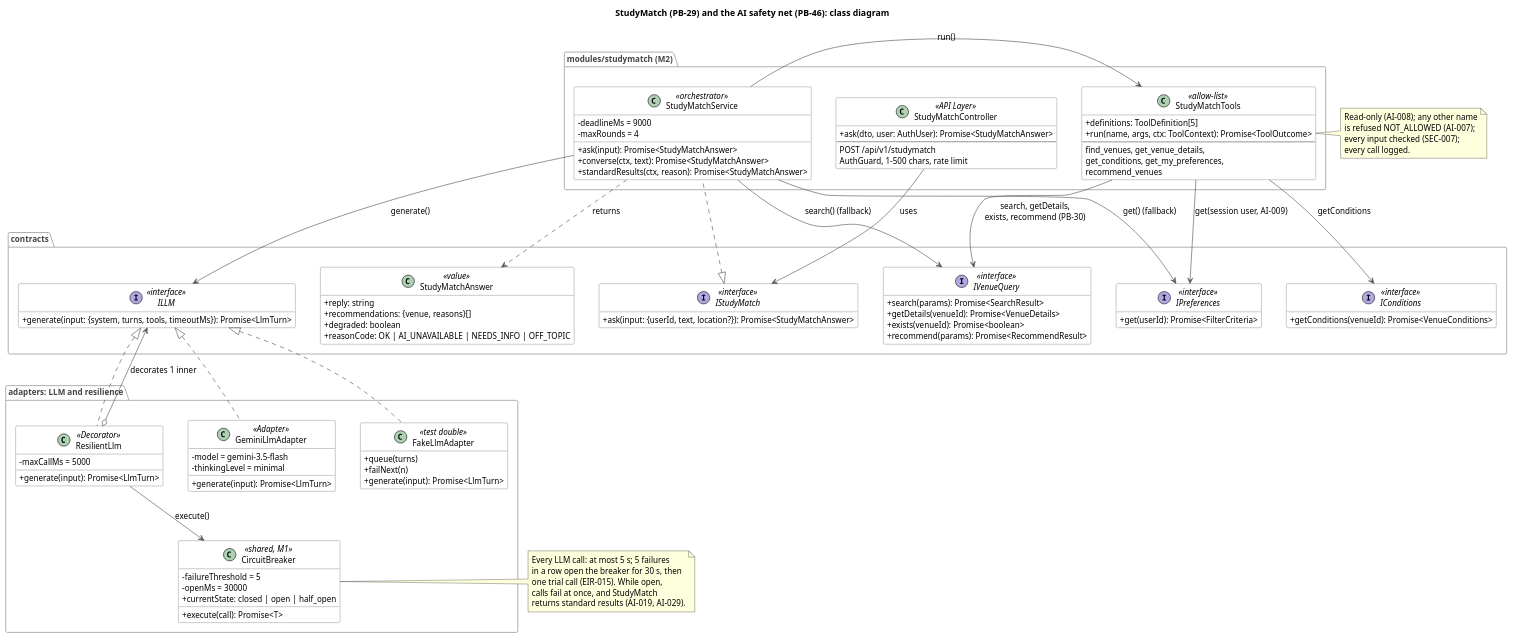
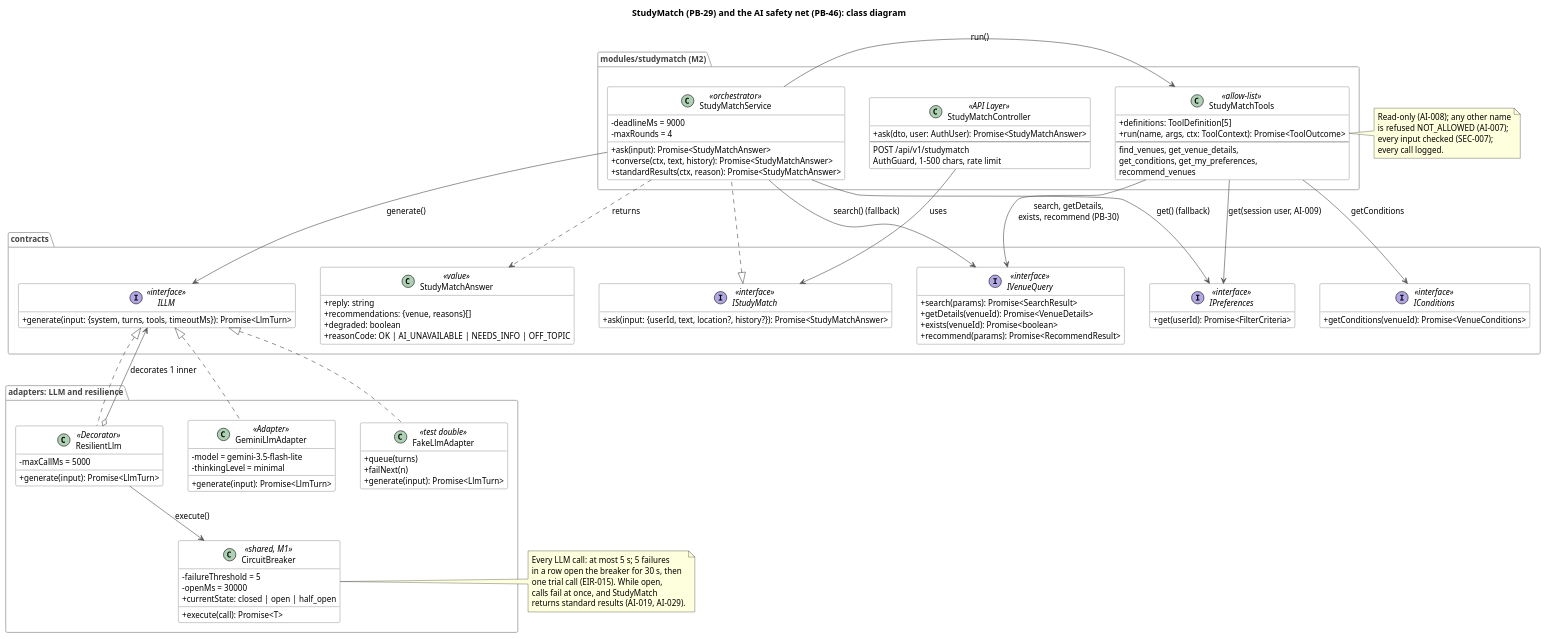
Before and after one commit to yasmeennasrr/StudySpot: the diagram in docs/architecture/uml/studymatch-class.puml, drawn with PlantUML. The commit also changed 22 other files, not shown here.

First line of the commit message:
PB-29 StudyMatch understands follow-ups (chat history); default model gemini-3.5-flash-lite

```diff
--- a/docs/architecture/uml/studymatch-class.puml
+++ b/docs/architecture/uml/studymatch-class.puml
@@ -1,131 +1,131 @@
 @startuml studymatch-class
 ' SDS v0.3 Section 14 (M2): StudyMatch class diagram (PB-29, PB-46, UC-05).
 ' Patterns: Adapter (GeminiLlmAdapter), Decorator (ResilientLlm), Circuit Breaker,
 ' Facade (IVenueQuery), allow-list of read-only tools (SDS 6.6.8).
 ' Code: backend/src/modules/studymatch/, backend/src/adapters/llm/, backend/src/adapters/resilience/.
 skinparam shadowing false
 skinparam defaultFontName Helvetica
 skinparam defaultFontSize 13
 skinparam classAttributeIconSize 0
 skinparam class {
   BackgroundColor white
   BorderColor #555555
 }
 skinparam package {
   BorderColor #AAAAAA
   FontColor #444444
 }
 skinparam ArrowColor #555555
 hide empty members
 
 title StudyMatch (PB-29) and the AI safety net (PB-46): class diagram
 top to bottom direction
 skinparam nodesep 40
 skinparam ranksep 60
 
 package "modules/studymatch (M2)" as SMPKG {
   class StudyMatchController <<API Layer>> {
     +ask(dto, user: AuthUser): Promise<StudyMatchAnswer>
     --
     POST /api/v1/studymatch
     AuthGuard, 1-500 chars, rate limit
   }
   class StudyMatchService <<orchestrator>> {
     -deadlineMs = 9000
     -maxRounds = 4
     +ask(input): Promise<StudyMatchAnswer>
-    +converse(ctx, text): Promise<StudyMatchAnswer>
+    +converse(ctx, text, history): Promise<StudyMatchAnswer>
     +standardResults(ctx, reason): Promise<StudyMatchAnswer>
   }
   class StudyMatchTools <<allow-list>> {
     +definitions: ToolDefinition[5]
     +run(name, args, ctx: ToolContext): Promise<ToolOutcome>
     --
     find_venues, get_venue_details,
     get_conditions, get_my_preferences,
     recommend_venues
   }
 }
 
 package "contracts" as CPKG {
   interface IStudyMatch <<interface>> {
-    +ask(input: {userId, text, location?}): Promise<StudyMatchAnswer>
+    +ask(input: {userId, text, location?, history?}): Promise<StudyMatchAnswer>
   }
   interface ILLM <<interface>> {
     +generate(input: {system, turns, tools, timeoutMs}): Promise<LlmTurn>
   }
   interface IVenueQuery <<interface>> {
     +search(params): Promise<SearchResult>
     +getDetails(venueId): Promise<VenueDetails>
     +exists(venueId): Promise<boolean>
     +recommend(params): Promise<RecommendResult>
   }
   interface IConditions <<interface>> {
     +getConditions(venueId): Promise<VenueConditions>
   }
   interface IPreferences <<interface>> {
     +get(userId): Promise<FilterCriteria>
   }
   class StudyMatchAnswer <<value>> {
     +reply: string
     +recommendations: {venue, reasons}[]
     +degraded: boolean
     +reasonCode: OK | AI_UNAVAILABLE | NEEDS_INFO | OFF_TOPIC
   }
 }
 
 package "adapters: LLM and resilience" as APKG {
   class ResilientLlm <<Decorator>> {
     -maxCallMs = 5000
     +generate(input): Promise<LlmTurn>
   }
   class CircuitBreaker <<shared, M1>> {
     -failureThreshold = 5
     -openMs = 30000
     +currentState: closed | open | half_open
     +execute(call): Promise<T>
   }
   class GeminiLlmAdapter <<Adapter>> {
-    -model = gemini-3.5-flash
+    -model = gemini-3.5-flash-lite
     -thinkingLevel = minimal
     +generate(input): Promise<LlmTurn>
   }
   class FakeLlmAdapter <<test double>> {
     +queue(turns)
     +failNext(n)
     +generate(input): Promise<LlmTurn>
   }
 }
 
 StudyMatchController -down-> IStudyMatch : uses
 IStudyMatch <|.down. StudyMatchService
 StudyMatchService -right-> StudyMatchTools : run()
 StudyMatchService -down-> ILLM : generate()
 StudyMatchService ..> StudyMatchAnswer : returns
 StudyMatchService -down-> IPreferences : get() (fallback)
 StudyMatchService -down-> IVenueQuery : search() (fallback)
 StudyMatchTools -down-> IVenueQuery : search, getDetails,\nexists, recommend (PB-30)
 StudyMatchTools -down-> IConditions : getConditions
 StudyMatchTools -down-> IPreferences : get(session user, AI-009)
 
 ILLM <|.down. ResilientLlm
 ILLM <|.down. GeminiLlmAdapter
 ILLM <|.down. FakeLlmAdapter
 ResilientLlm o-up-> ILLM : decorates 1 inner
 ResilientLlm -down-> CircuitBreaker : execute()
 
 note right of CircuitBreaker
   Every LLM call: at most 5 s; 5 failures
   in a row open the breaker for 30 s, then
   one trial call (EIR-015). While open,
   calls fail at once, and StudyMatch
   returns standard results (AI-019, AI-029).
 end note
 
 note right of StudyMatchTools
   Read-only (AI-008); any other name
   is refused NOT_ALLOWED (AI-007);
   every input checked (SEC-007);
   every call logged.
 end note
 @enduml
```
